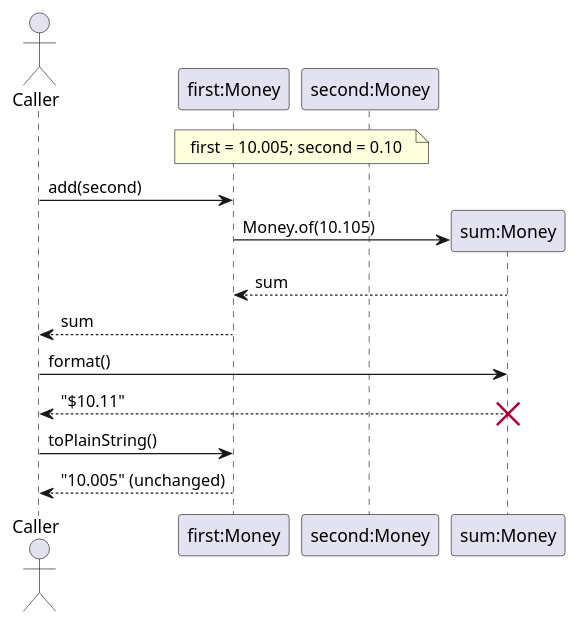
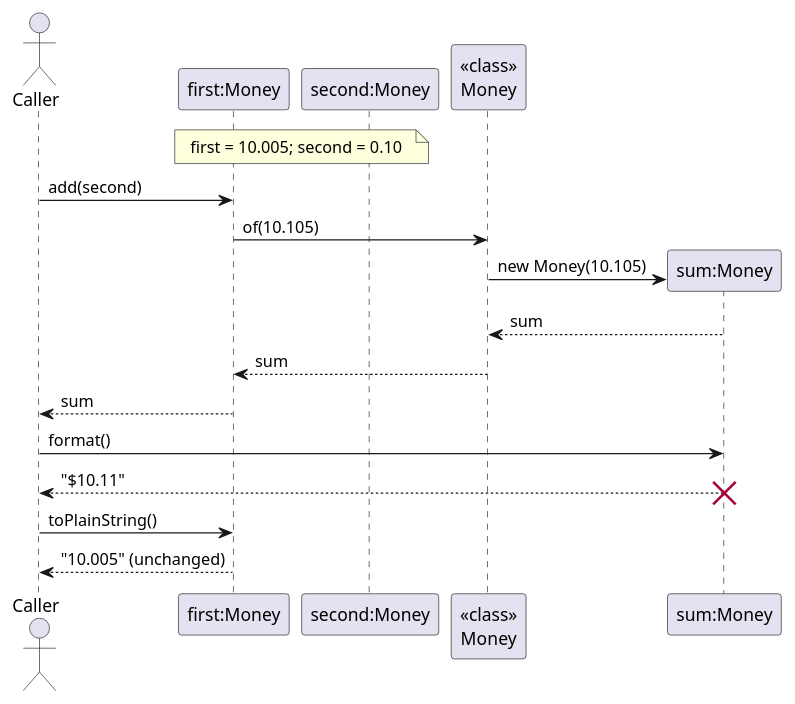
One commit to AY2627S1-CS2113-W13-2/tp changed the first of 3 diagrams in docs/DeveloperGuide.md. Above: the diagram before and after it, drawn with PlantUML. The commit also changed other lines of this file, not shown here.

Commit message:
Fix representation of static method invocation

````diff
--- a/docs/DeveloperGuide.md
+++ b/docs/DeveloperGuide.md
@@ -37,19 +37,22 @@
 ```plantuml
 @startuml
 actor Caller
 participant "first:Money" as First
 participant "second:Money" as Second
+participant "<<class>>\nMoney" as MoneyClass
 
 note over First, Second: first = 10.005; second = 0.10
 Caller -> First: add(second)
+First -> MoneyClass: of(10.105)
 create "sum:Money" as Sum
-First -> Sum: Money.of(10.105)
-Sum --> First: sum
+MoneyClass -> Sum: new Money(10.105)
+Sum --> MoneyClass: sum
+MoneyClass --> First: sum
 First --> Caller: sum
 Caller -> Sum: format()
 Sum --> Caller: "$10.11"
 destroy Sum
 Caller -> First: toPlainString()
 First --> Caller: "10.005" (unchanged)
 @enduml
 ```
````
